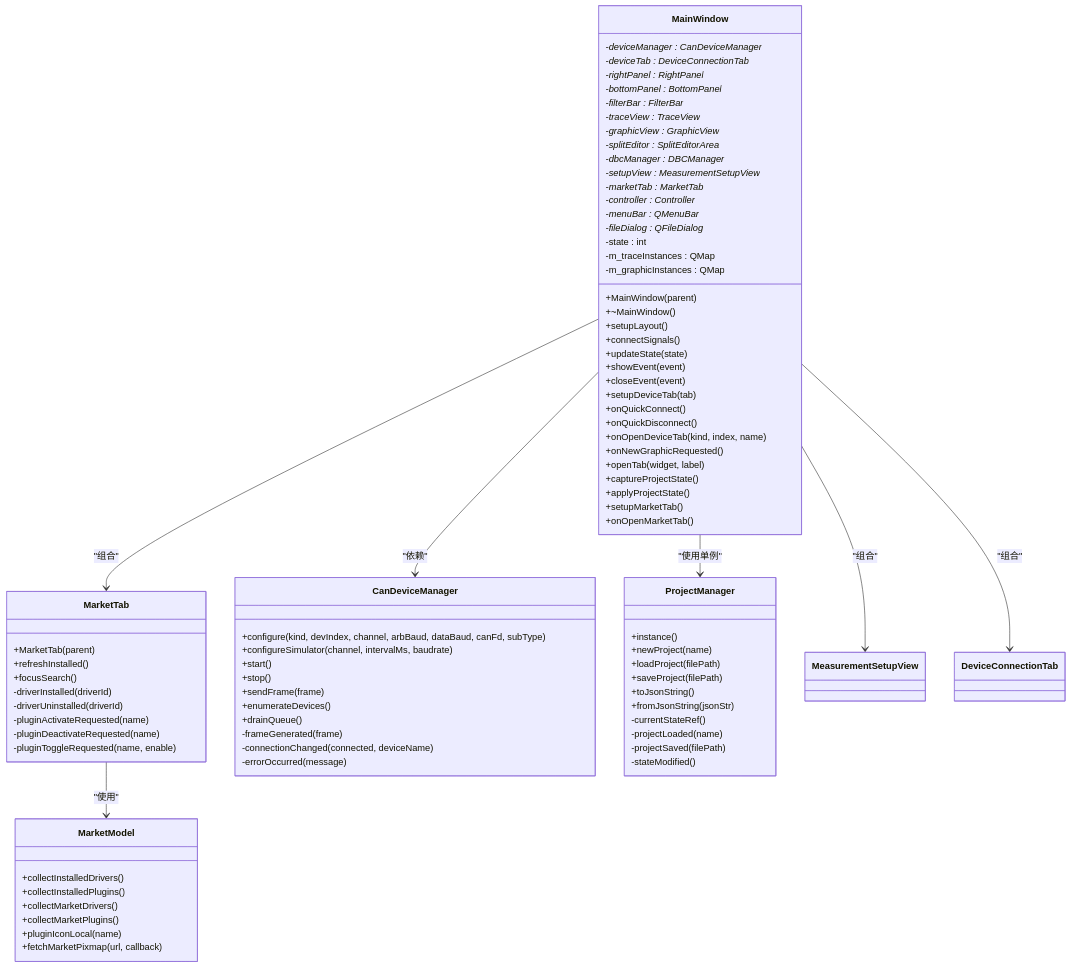
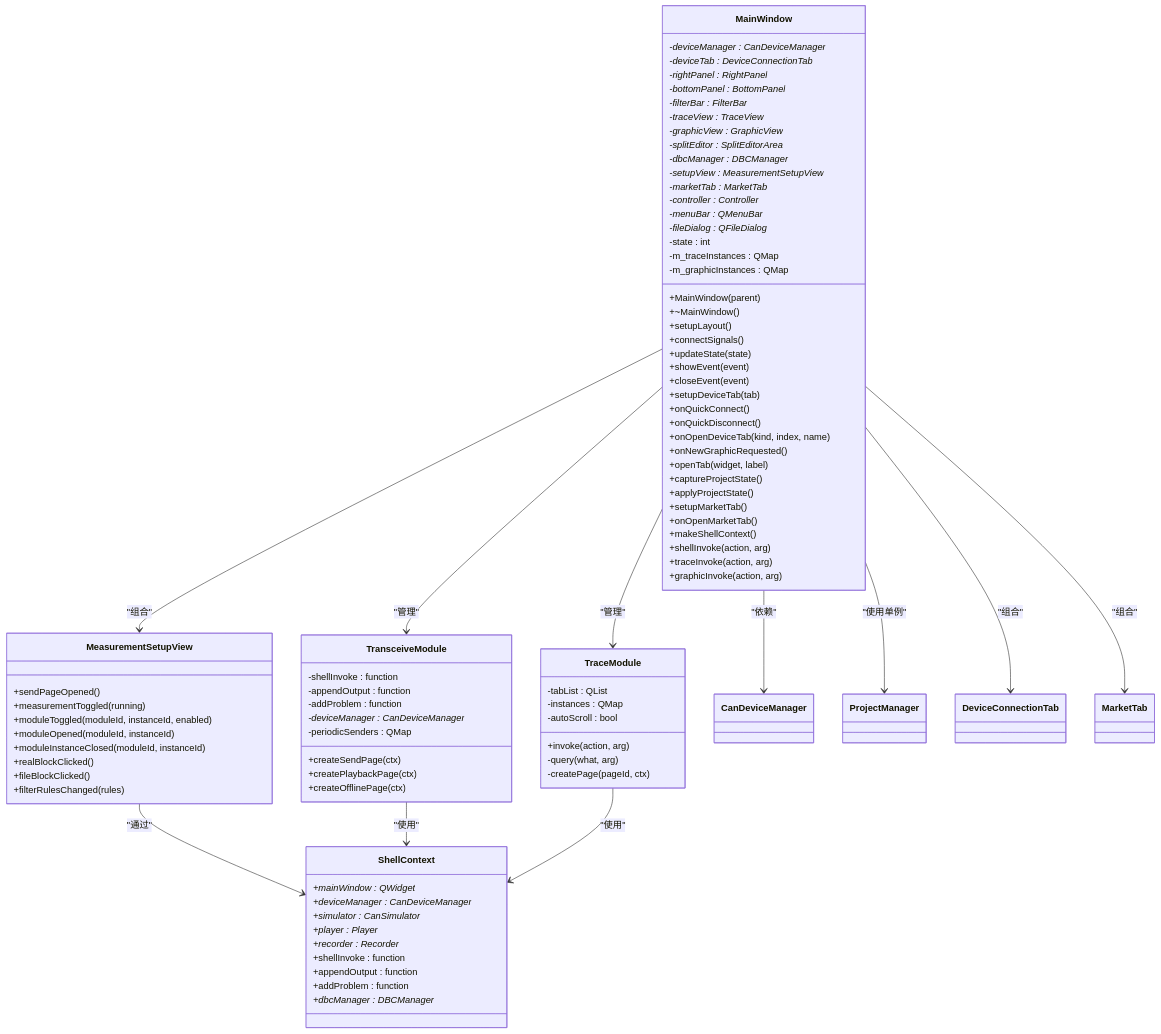
Before and after one commit to jakecai1225-design/OpenBus: the third of 14 diagrams in .qoder/repowiki/zh/content/核心模块详解/主窗口组件.md, drawn with Mermaid. The commit also changed other lines of this file and 14 other files, not shown here.

````diff
--- a/.qoder/repowiki/zh/content/核心模块详解/主窗口组件.md
+++ b/.qoder/repowiki/zh/content/核心模块详解/主窗口组件.md
@@ -245,6 +266,10 @@
 +applyProjectState()
 +setupMarketTab()
 +onOpenMarketTab()
++makeShellContext()
++shellInvoke(action, arg)
++traceInvoke(action, arg)
++graphicInvoke(action, arg)
 -deviceManager : CanDeviceManager*
 -deviceTab : DeviceConnectionTab*
 -rightPanel : RightPanel*
@@ -263,52 +288,53 @@
 -m_traceInstances : QMap<QString, QWidget*>
 -m_graphicInstances : QMap<QString, QWidget*>
 }
-class MarketTab {
-+MarketTab(parent)
-+refreshInstalled()
-+focusSearch()
--driverInstalled(driverId)
--driverUninstalled(driverId)
--pluginActivateRequested(name)
--pluginDeactivateRequested(name)
--pluginToggleRequested(name, enable)
+class TransceiveModule {
++createSendPage(ctx)
++createPlaybackPage(ctx)
++createOfflinePage(ctx)
+-shellInvoke : function
+-appendOutput : function
+-addProblem : function
+-deviceManager : CanDeviceManager*
+-periodicSenders : QMap<int, QTimer*>
 }
-class MarketModel {
-+collectInstalledDrivers()
-+collectInstalledPlugins()
-+collectMarketDrivers()
-+collectMarketPlugins()
-+pluginIconLocal(name)
-+fetchMarketPixmap(url, callback)
+class TraceModule {
++invoke(action, arg)
+-query(what, arg)
+-createPage(pageId, ctx)
+-tabList : QList<TraceTab*>
+-instances : QMap<QString, TraceTab*>
+-autoScroll : bool
 }
-class CanDeviceManager {
-+configure(kind, devIndex, channel, arbBaud, dataBaud, canFd, subType)
-+configureSimulator(channel, intervalMs, baudrate)
-+start()
-+stop()
-+sendFrame(frame)
-+enumerateDevices()
-+drainQueue()
--frameGenerated(frame)
--connectionChanged(connected, deviceName)
--errorOccurred(message)
+class ShellContext {
++mainWindow : QWidget*
++deviceManager : CanDeviceManager*
++simulator : CanSimulator*
++player : Player*
++recorder : Recorder*
++shellInvoke : function
++appendOutput : function
++addProblem : function
++dbcManager : DBCManager*
 }
-class ProjectManager {
-+instance()
-+newProject(name)
-+loadProject(filePath)
-+saveProject(filePath)
-+toJsonString()
-+fromJsonString(jsonStr)
--currentStateRef()
--projectLoaded(name)
--projectSaved(filePath)
--stateModified()
+class MeasurementSetupView {
++sendPageOpened()
++measurementToggled(running)
++moduleToggled(moduleId, instanceId, enabled)
++moduleOpened(moduleId, instanceId)
++moduleInstanceClosed(moduleId, instanceId)
++realBlockClicked()
++fileBlockClicked()
++filterRulesChanged(rules)
 }
 MainWindow --> CanDeviceManager : "依赖"
 MainWindow --> ProjectManager : "使用单例"
 MainWindow --> MeasurementSetupView : "组合"
 MainWindow --> DeviceConnectionTab : "组合"
 MainWindow --> MarketTab : "组合"
-MarketTab --> MarketModel : "使用"
+MainWindow --> TransceiveModule : "管理"
+MainWindow --> TraceModule : "管理"
+MeasurementSetupView --> ShellContext : "通过"
+TransceiveModule --> ShellContext : "使用"
+TraceModule --> ShellContext : "使用"
 ```
````
